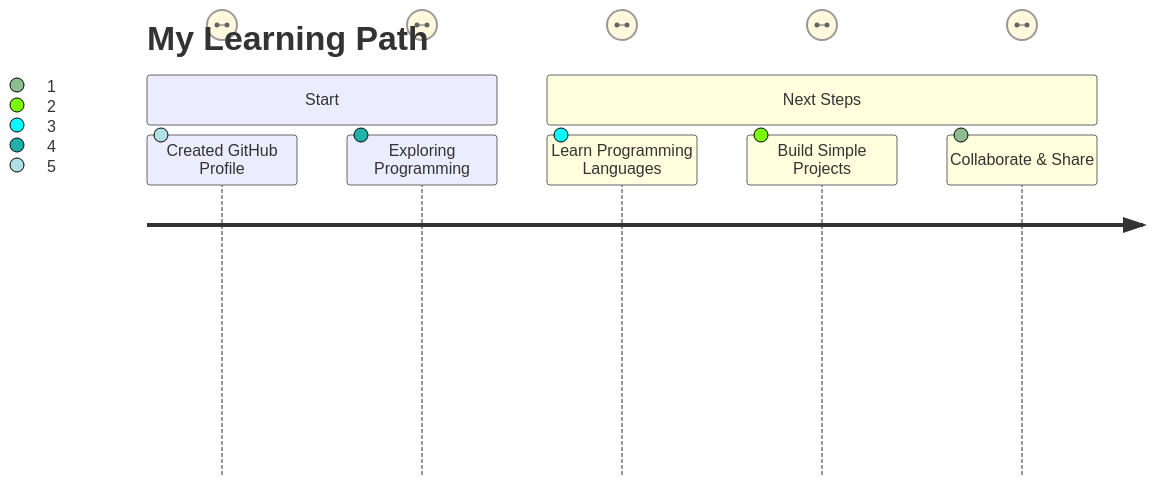
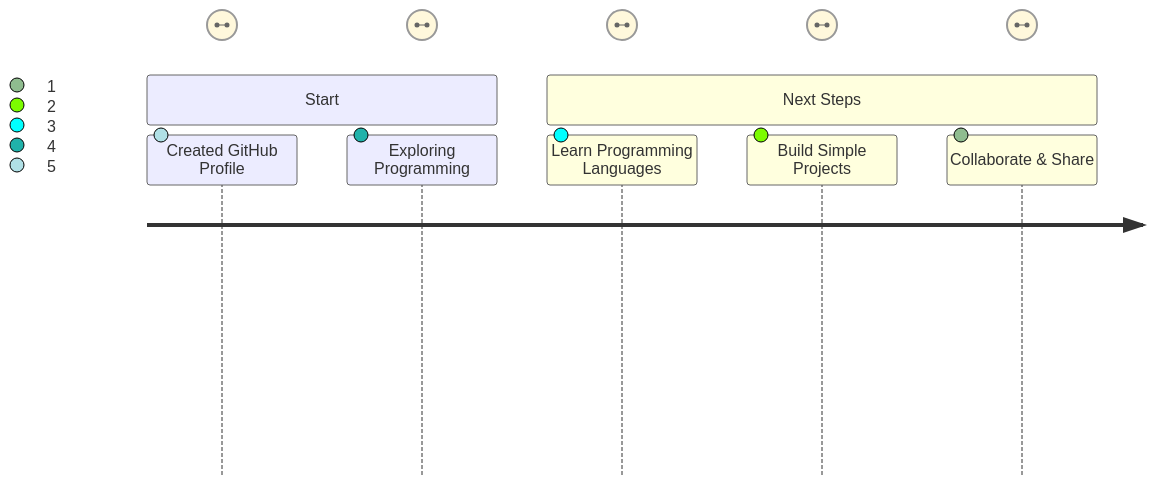
The diagram in README.md (7Arman/7arman), drawn with Mermaid before and after one commit.

````diff
--- a/README.md
+++ b/README.md
@@ -20,11 +20,11 @@
 ```mermaid
 journey
-    title My Learning Path
+
     section Start
       Created GitHub Profile: 2025-06-13: 5
       Exploring Programming: 2025-06-13: 4
     section Next Steps
       Learn Programming Languages: 2025-07-01: 3
       Build Simple Projects: 2025-08-01: 2
       Collaborate & Share: 2025-09-01: 1
 ```
````
